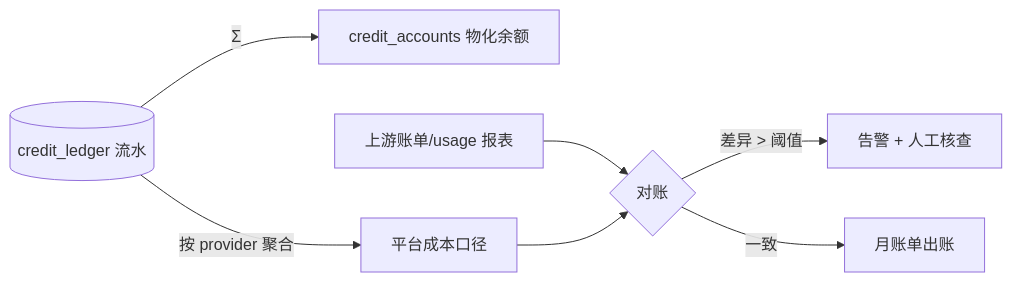
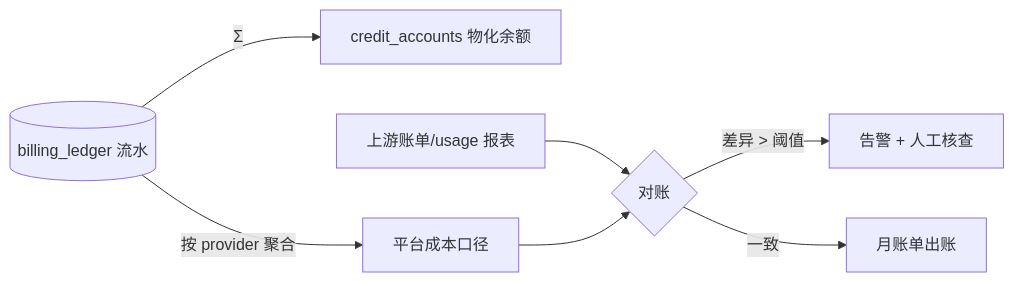
Before and after one commit to edward-ng-duke/LobsterAI: the eighth of 8 diagrams in 改造计划/09-模型代理与计费.md, drawn with Mermaid. The commit also changed other lines of this file and 27 other files, not shown here.

````diff
--- a/改造计划/09-模型代理与计费.md
+++ b/改造计划/09-模型代理与计费.md
@@ -580,9 +600,9 @@
 ```mermaid
 flowchart LR
-  L[(credit_ledger 流水)] -->|Σ| A[credit_accounts 物化余额]
+  L[(billing_ledger 流水)] -->|Σ| A[credit_accounts 物化余额]
   L -->|按 provider 聚合| U[平台成本口径]
   UP[上游账单/usage 报表] --> RECON{对账}
   U --> RECON
   RECON -->|差异 > 阈值| ALERT[告警 + 人工核查]
   RECON -->|一致| OK[月账单出账]
 ```
````
